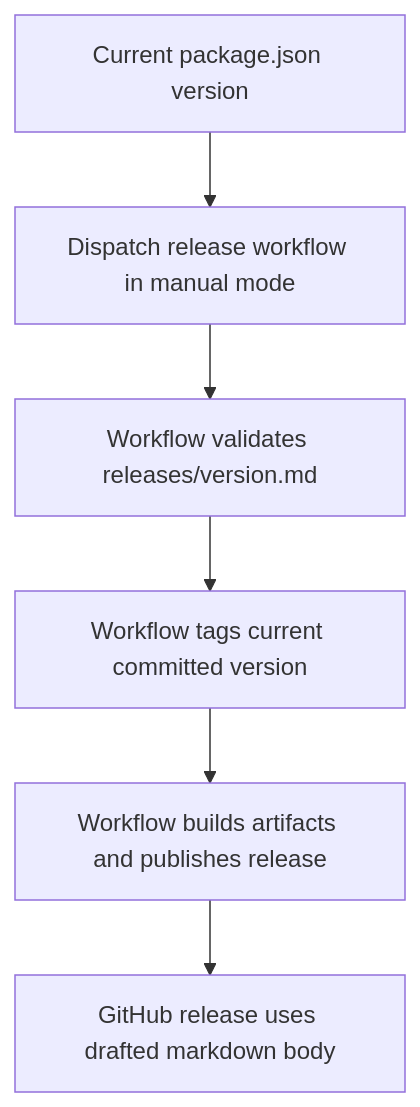
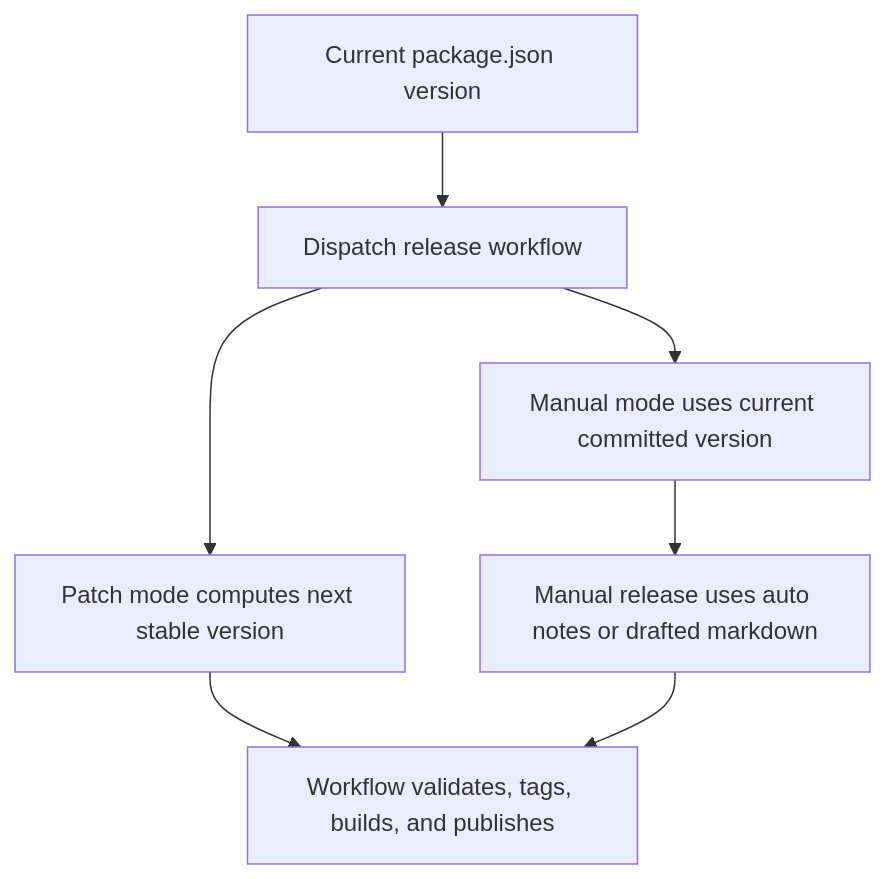
Before and after one commit to henryoman/TrenchClaw: the diagram in docs/versioning-strategy.md, drawn with Mermaid. The commit also changed other lines of this file and 20 other files, not shown here.

First line of the commit message:
Stabilize the first public release flow around v0.0.0.

````diff
--- a/docs/versioning-strategy.md
+++ b/docs/versioning-strategy.md
@@ -46,8 +59,9 @@
 ```mermaid
 flowchart TD
-  A["Current package.json version"] --> B["Dispatch release workflow in manual mode"]
-  B --> C["Workflow validates releases/version.md"]
-  C --> D["Workflow tags current committed version"]
-  D --> E["Workflow builds artifacts and publishes release"]
-  E --> F["GitHub release uses drafted markdown body"]
+  A["Current package.json version"] --> B["Dispatch release workflow"]
+  B --> C["Patch mode computes next stable version"]
+  B --> D["Manual mode uses current committed version"]
+  C --> E["Workflow validates, tags, builds, and publishes"]
+  D --> F["Manual release uses auto notes or drafted markdown"]
+  F --> E
 ```
````
